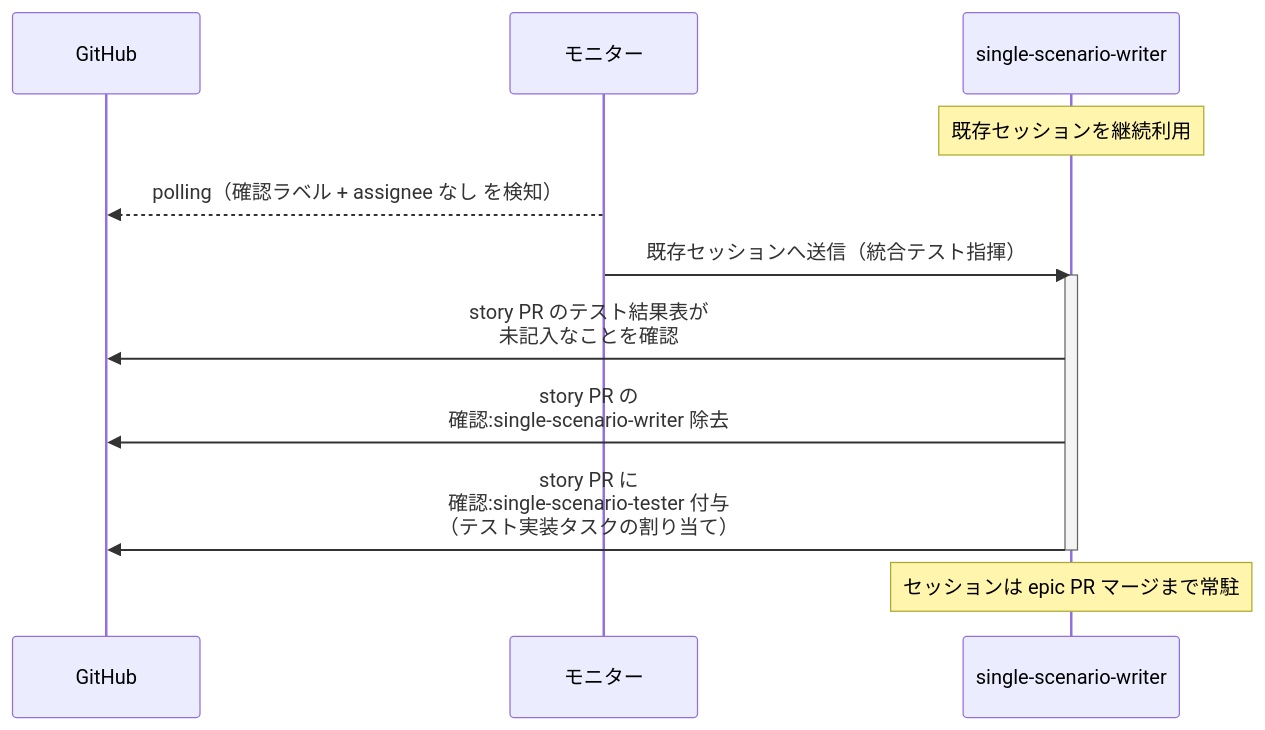
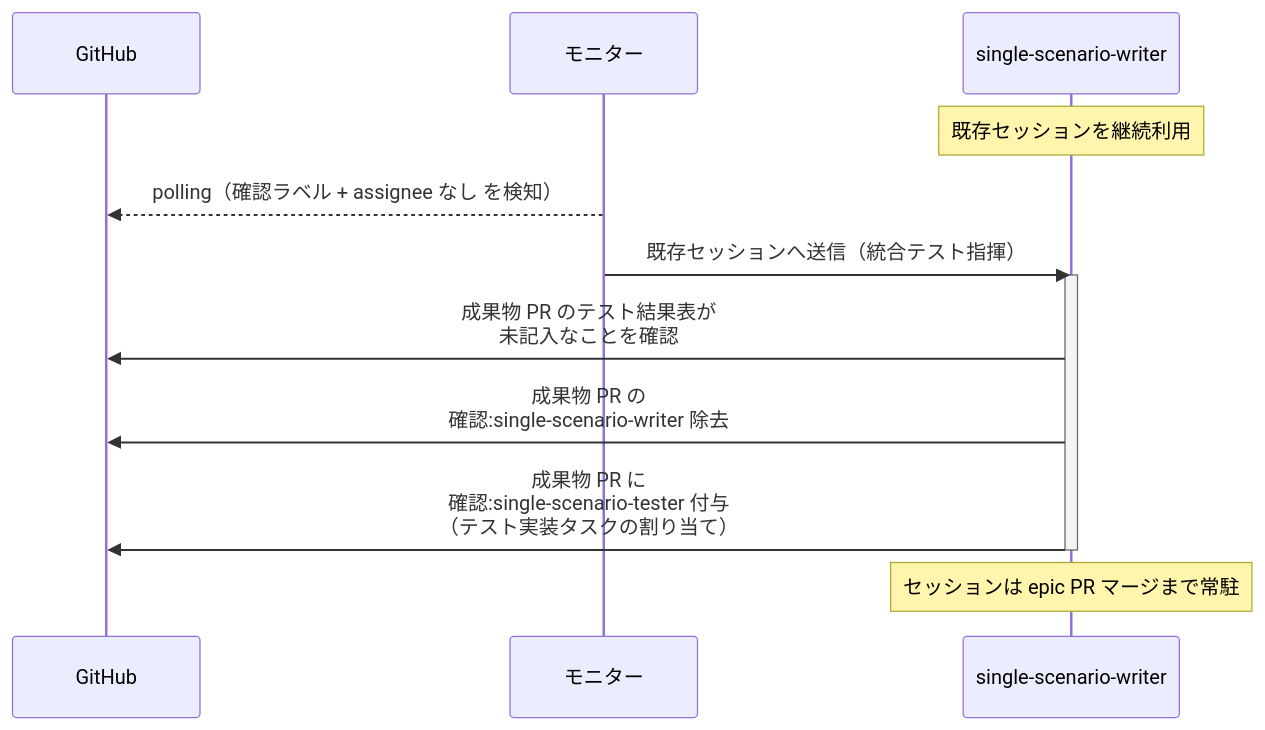
Before and after one commit to shuhei1101/ai-monitor: the first of 2 diagrams in docs/wiki/設計図/シナリオ/単一ユースケース/統合テスト指揮.md, drawn with Mermaid. The commit also changed other lines of this file and 103 other files, not shown here.

````diff
--- a/docs/wiki/設計図/シナリオ/単一ユースケース/統合テスト指揮.md
+++ b/docs/wiki/設計図/シナリオ/単一ユースケース/統合テスト指揮.md
@@ -35,16 +35,16 @@
 ```mermaid
 sequenceDiagram
   participant GH as GitHub
   participant ORC as モニター
   participant MON as single-scenario-writer
 
   Note over MON: 既存セッションを継続利用
   ORC-->>GH: polling（確認ラベル + assignee なし を検知）
   ORC->>MON: 既存セッションへ送信（統合テスト指揮）
   activate MON
-  MON->>GH: story PR のテスト結果表が<br>未記入なことを確認
-  MON->>GH: story PR の<br>確認:single-scenario-writer 除去
-  MON->>GH: story PR に<br>確認:single-scenario-tester 付与<br>（テスト実装タスクの割り当て）
+  MON->>GH: 成果物 PR のテスト結果表が<br>未記入なことを確認
+  MON->>GH: 成果物 PR の<br>確認:single-scenario-writer 除去
+  MON->>GH: 成果物 PR に<br>確認:single-scenario-tester 付与<br>（テスト実装タスクの割り当て）
   deactivate MON
   Note over MON: セッションは epic PR マージまで常駐
 ```
````
